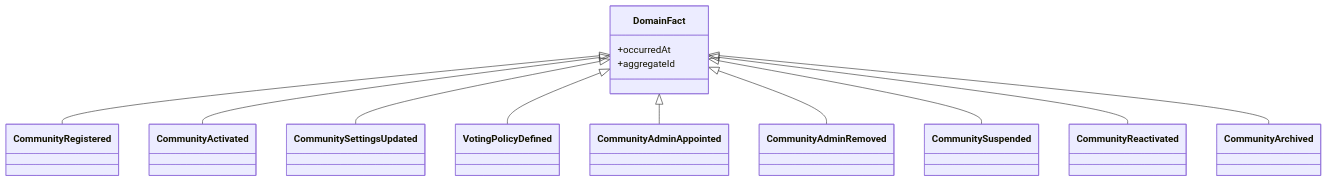
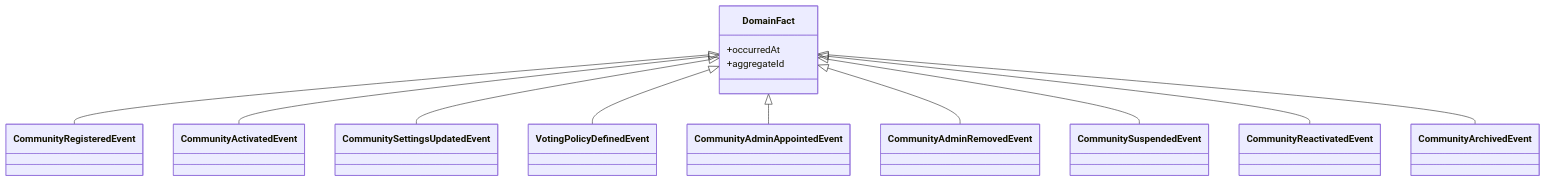
The third of 3 diagrams in docs/Bounded Contexts/community-management/domain-model.md (Morocoders-Arq-9056/votochain-api-backend), drawn with Mermaid before and after one commit. The commit also changed other lines of this file and 20 other files, not shown here.

````diff
--- a/docs/Bounded Contexts/community-management/domain-model.md
+++ b/docs/Bounded Contexts/community-management/domain-model.md
@@ -214,16 +214,16 @@
 ```mermaid
 classDiagram
     class DomainFact {
         +occurredAt
         +aggregateId
     }
-    DomainFact <|-- CommunityRegistered
-    DomainFact <|-- CommunityActivated
-    DomainFact <|-- CommunitySettingsUpdated
-    DomainFact <|-- VotingPolicyDefined
-    DomainFact <|-- CommunityAdminAppointed
-    DomainFact <|-- CommunityAdminRemoved
-    DomainFact <|-- CommunitySuspended
-    DomainFact <|-- CommunityReactivated
-    DomainFact <|-- CommunityArchived
+    DomainFact <|-- CommunityRegisteredEvent
+    DomainFact <|-- CommunityActivatedEvent
+    DomainFact <|-- CommunitySettingsUpdatedEvent
+    DomainFact <|-- VotingPolicyDefinedEvent
+    DomainFact <|-- CommunityAdminAppointedEvent
+    DomainFact <|-- CommunityAdminRemovedEvent
+    DomainFact <|-- CommunitySuspendedEvent
+    DomainFact <|-- CommunityReactivatedEvent
+    DomainFact <|-- CommunityArchivedEvent
 ```
````
